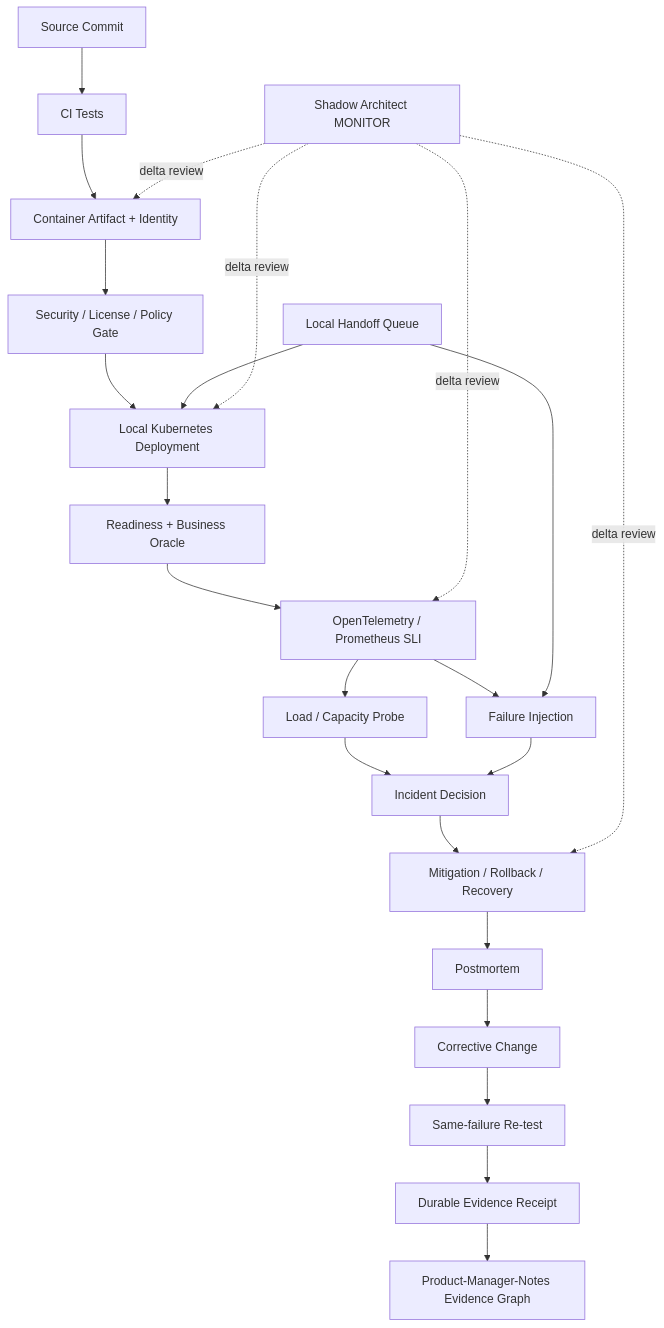
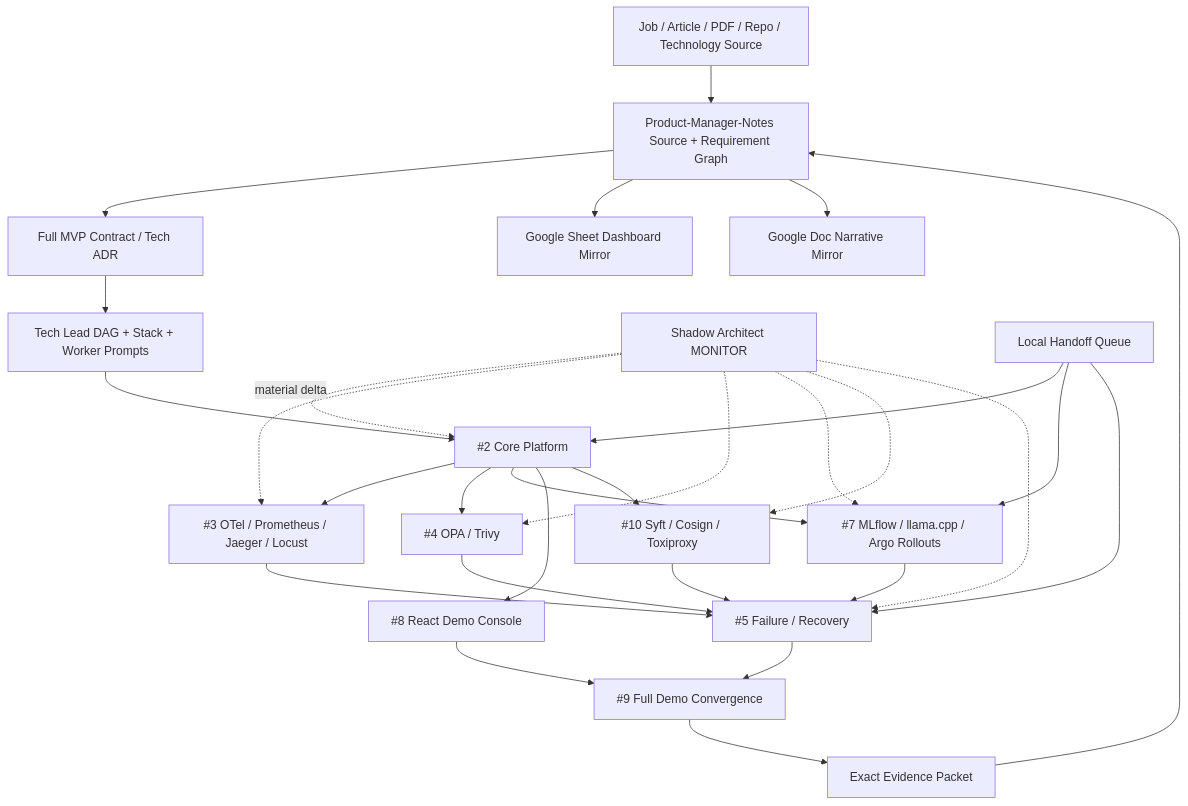
Before and after one commit to ed3c/DevOps-Manager-Notes: the diagram in README.md, drawn with Mermaid. The commit also changed other lines of this file and 25 other files, not shown here.

Commit message:
docs: compile Full MVP Tech Lead fan-out and Agent routing

````diff
--- a/README.md
+++ b/README.md
@@ -168,25 +175,31 @@
 ```mermaid
 flowchart TD
-    SRC[Source Commit] --> CI[CI Tests]
-    CI --> ART[Container Artifact + Identity]
-    ART --> SEC[Security / License / Policy Gate]
-    SEC --> DEP[Local Kubernetes Deployment]
-    DEP --> ORA[Readiness + Business Oracle]
-    ORA --> TEL[OpenTelemetry / Prometheus SLI]
-    TEL --> LOAD[Load / Capacity Probe]
-    TEL --> FI[Failure Injection]
-    LOAD --> INC[Incident Decision]
-    FI --> INC
-    INC --> REC[Mitigation / Rollback / Recovery]
-    REC --> PM[Postmortem]
-    PM --> FIX[Corrective Change]
-    FIX --> RETEST[Same-failure Re-test]
-    RETEST --> EV[Durable Evidence Receipt]
-    EV --> PROD[Product-Manager-Notes Evidence Graph]
-    LH[Local Handoff Queue] --> DEP
-    LH --> FI
-    SH[Shadow Architect MONITOR] -. delta review .-> ART
-    SH -. delta review .-> DEP
-    SH -. delta review .-> TEL
-    SH -. delta review .-> REC
+    S[Job / Article / PDF / Repo / Technology Source] --> P[Product-Manager-Notes Source + Requirement Graph]
+    P --> C[Full MVP Contract / Tech ADR]
+    C --> TL[Tech Lead DAG + Stack + Worker Prompts]
+    TL --> K2[#2 Core Platform]
+    K2 --> A3[#3 OTel / Prometheus / Jaeger / Locust]
+    K2 --> E4[#4 OPA / Trivy]
+    K2 --> A7[#7 MLflow / llama.cpp / Argo Rollouts]
+    K2 --> A8[#8 React Demo Console]
+    K2 --> E10[#10 Syft / Cosign / Toxiproxy]
+    A3 --> X5[#5 Failure / Recovery]
+    E4 --> X5
+    A7 --> X5
+    E10 --> X5
+    X5 --> X9[#9 Full Demo Convergence]
+    A8 --> X9
+    X9 --> EV[Exact Evidence Packet]
+    EV --> P
+    P --> GS[Google Sheet Dashboard Mirror]
+    P --> GD[Google Doc Narrative Mirror]
+    SH[Shadow Architect MONITOR] -. material delta .-> K2
+    SH -.-> A3
+    SH -.-> E4
+    SH -.-> A7
+    SH -.-> E10
+    SH -.-> X5
+    LH[Local Handoff Queue] --> K2
+    LH --> A7
+    LH --> X5
 ```
````
